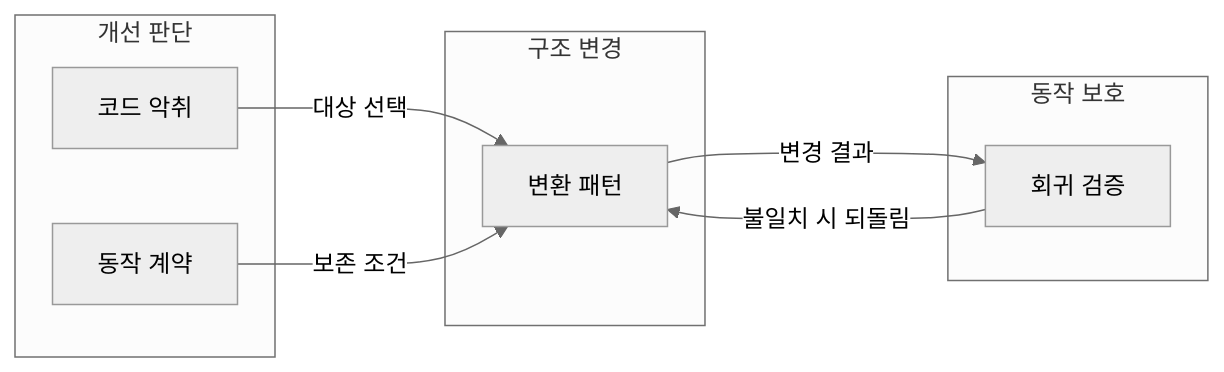
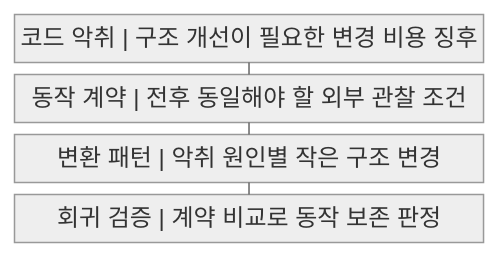
One commit to agnusdei1207/knowledge-base changed the first of 2 diagrams in src/content/docs/notes/03-software/212_software_refactoring_patterns.md. Above: the diagram before and after it, drawn with Mermaid (neutral theme). The commit also changed other lines of this file and 20 other files, not shown here.

````diff
--- a/src/content/docs/notes/03-software/212_software_refactoring_patterns.md
+++ b/src/content/docs/notes/03-software/212_software_refactoring_patterns.md
@@ -52,17 +52,11 @@
 ```mermaid
-flowchart LR
-    subgraph 판단["개선 판단"]
-        A["코드 악취"]
-        B["동작 계약"]
-    end
-    subgraph 변경["구조 변경"]
-        C["변환 패턴"]
-    end
-    subgraph 보호["동작 보호"]
-        D["회귀 검증"]
-    end
-    A -->|대상 선택| C
-    B -->|보존 조건| C
-    C -->|변경 결과| D
-    D -->|불일치 시 되돌림| C
+block
+    columns 1
+    A["코드 악취 | 구조 개선이 필요한 변경 비용 징후"]
+    B["동작 계약 | 전후 동일해야 할 외부 관찰 조건"]
+    C["변환 패턴 | 악취 원인별 작은 구조 변경"]
+    D["회귀 검증 | 계약 비교로 동작 보존 판정"]
+    A --- B
+    B --- C
+    C --- D
 ```
````
